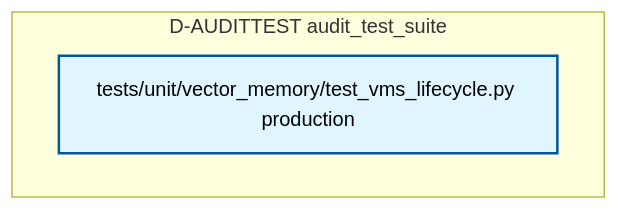
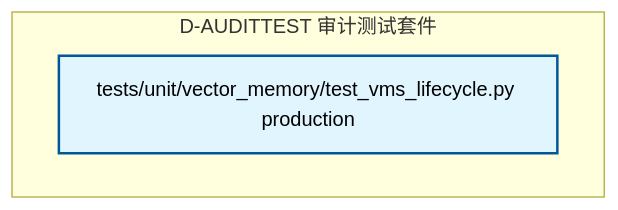
Before and after one commit to xuanFelixVan/ZephyrAlpha: the sixth of 6 diagrams in docs/02_enterprise_architecture/02_domain_architecture_docs/22_d_audittest.md, drawn with Mermaid. The commit also changed other lines of this file and 105 other files, not shown here.

````diff
--- a/docs/02_enterprise_architecture/02_domain_architecture_docs/22_d_audittest.md
+++ b/docs/02_enterprise_architecture/02_domain_architecture_docs/22_d_audittest.md
@@ -292,11 +292,11 @@
 ```mermaid
 graph TD
-    subgraph D_AUDITTEST["D-AUDITTEST audit_test_suite"]
+    subgraph D_AUDITTEST["D-AUDITTEST 审计测试套件"]
         tests_unit_vector_memory_test_vms_lifecycle_py["tests/unit/vector_memory/test_vms_lifecycle.py production"]
     end
     classDef production fill:#e1f5fe,stroke:#01579b,stroke-width:2px,color:#000
     classDef design fill:#fff3e0,stroke:#e65100,stroke-width:2px,color:#000,stroke-dasharray: 5 5
     classDef external_prod fill:#e8f5e9,stroke:#1b5e20,stroke-width:1px,color:#000
     classDef external_design fill:#fce4ec,stroke:#880e4f,stroke-width:1px,color:#000,stroke-dasharray: 5 5
     class tests_unit_vector_memory_test_vms_lifecycle_py production
 ```
````
